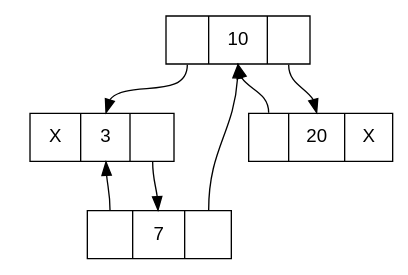
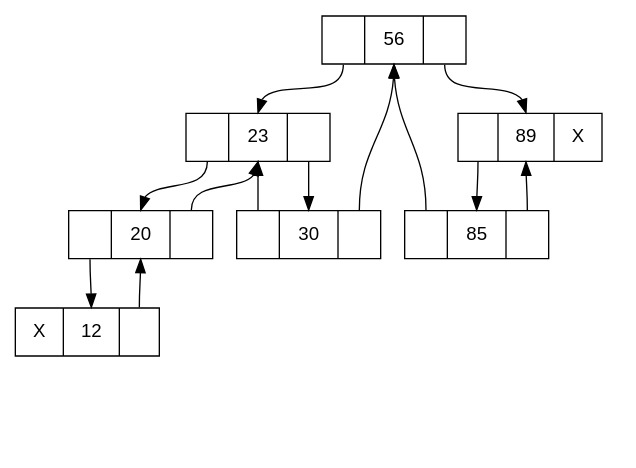
The diagram in diagram.dot (radwanCS/Data-Structure-Visualization-with-Graphviz), drawn with Graphviz before and after one commit. The commit also changed 6 other files, not shown here.

```diff
--- a/diagram.dot
+++ b/diagram.dot
@@ -1,18 +1,31 @@
 digraph LTBT{
 	node [fontname="Arial", shape=record, height=0.5, width=1.5];
-	10 [label="<left> |<data> 10 |<right> "];
-	3 [label="<left> X|<data> 3 |<right> "];
-	20 [label="<left> |<data> 20 |<right> X"];
-	7 [label="<left> |<data> 7 |<right> "];
-	10 [label="<left> |<data> 10 |<right> "];
+	56 [label="<left> |<data> 56 |<right> "];
+	23 [label="<left> |<data> 23 |<right> "];
+	89 [label="<left> |<data> 89 |<right> X"];
+	20 [label="<left> |<data> 20 |<right> "];
+	30 [label="<left> |<data> 30 |<right> "];
+	85 [label="<left> |<data> 85 |<right> "];
+	12 [label="<left> X|<data> 12 |<right> "];
+	23 [label="<left> |<data> 23 |<right> "];
+	23 [label="<left> |<data> 23 |<right> "];
+	56 [label="<left> |<data> 56 |<right> "];
+	56 [label="<left> |<data> 56 |<right> "];
+	89 [label="<left> |<data> 89 |<right> X"];
 	NULL1 [shape=point style=invis];
-	3:left -> NULL1 [style=invis];
-	3:right -> 7:data;
-	7:left -> 3:data;
-	7:right -> 10:data;
-	10:left -> 3:data;
-	10:right -> 20:data;
-	20:left -> 10:data;
+	12:left -> NULL1 [style=invis];
+	12:right -> 20:data;
+	20:left -> 12:data;
+	20:right -> 23:data;
+	23:left -> 20:data;
+	23:right -> 30:data;
+	30:left -> 23:data;
+	30:right -> 56:data;
+	56:left -> 23:data;
+	56:right -> 89:data;
+	85:left -> 56:data;
+	85:right -> 89:data;
+	89:left -> 85:data;
 	NULL2 [shape=point style=invis];
-	20:right -> NULL2 [style=invis];
+	89:right -> NULL2 [style=invis];
 }
```
